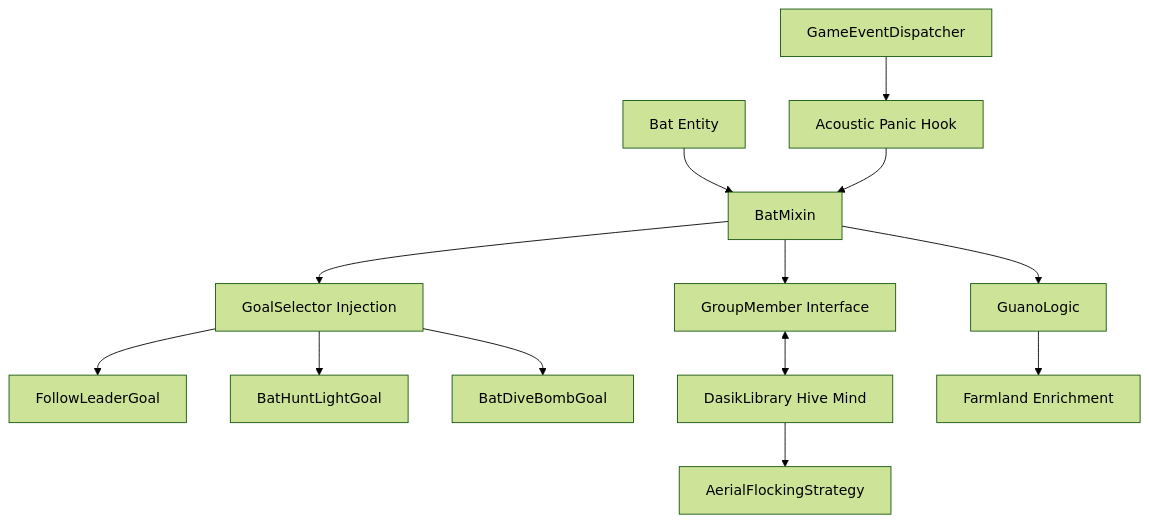
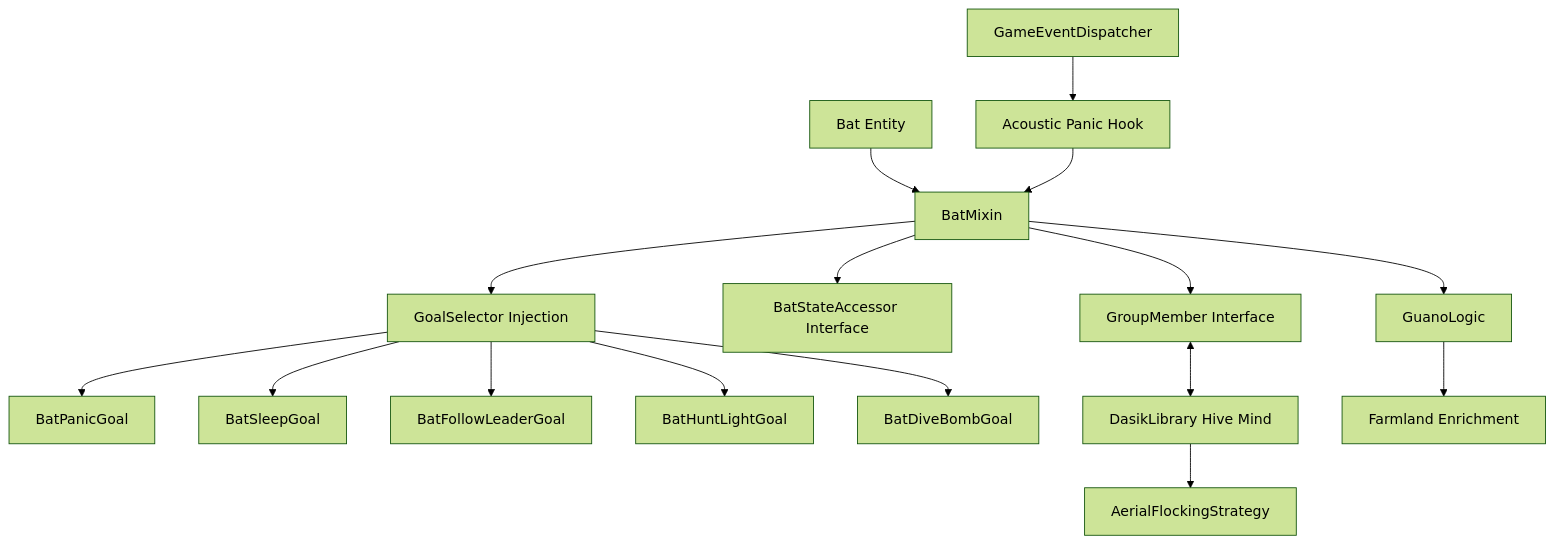
One commit to Rifaditya/Better-Bats-26.1 changed the diagram in Doc/Develop/Architecture/Architecture.md. Above: the diagram before and after it, drawn with Mermaid (forest theme). The commit also changed other lines of this file and 19 other files, not shown here.

Commit message:
Build 1.1.6-26.1.2: Optimize BatPanicGoal tick loop performance and eliminate Vec3 allocations

````diff
--- a/Doc/Develop/Architecture/Architecture.md
+++ b/Doc/Develop/Architecture/Architecture.md
@@ -7,15 +7,18 @@
 ```mermaid
 flowchart TD
     A[Bat Entity] --> B[BatMixin]
     B --> C[GroupMember Interface]
-    B --> D[GoalSelector Injection]
-    D --> E[FollowLeaderGoal]
-    D --> F[BatHuntLightGoal]
-    D --> G[BatDiveBombGoal]
-    C <--> H[DasikLibrary Hive Mind]
-    H --> I[AerialFlockingStrategy]
-    B --> J[GuanoLogic]
-    J --> K[Farmland Enrichment]
-    L[GameEventDispatcher] --> M[Acoustic Panic Hook]
-    M --> B
+    B --> D[BatStateAccessor Interface]
+    B --> E[GoalSelector Injection]
+    E --> F[BatPanicGoal]
+    E --> G[BatSleepGoal]
+    E --> H[BatFollowLeaderGoal]
+    E --> I[BatHuntLightGoal]
+    E --> J[BatDiveBombGoal]
+    C <--> K[DasikLibrary Hive Mind]
+    K --> L[AerialFlockingStrategy]
+    B --> M[GuanoLogic]
+    M --> N[Farmland Enrichment]
+    O[GameEventDispatcher] --> P[Acoustic Panic Hook]
+    P --> B
 ```
````
